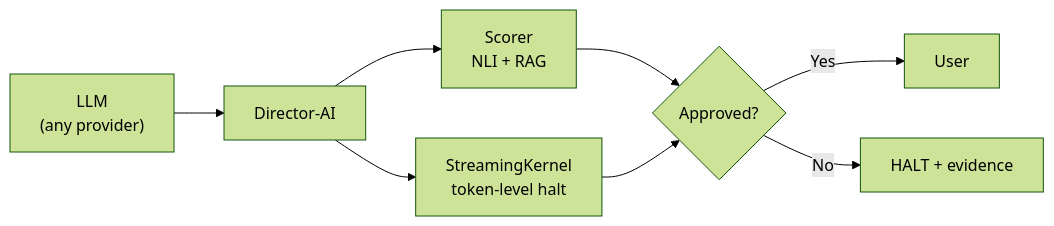
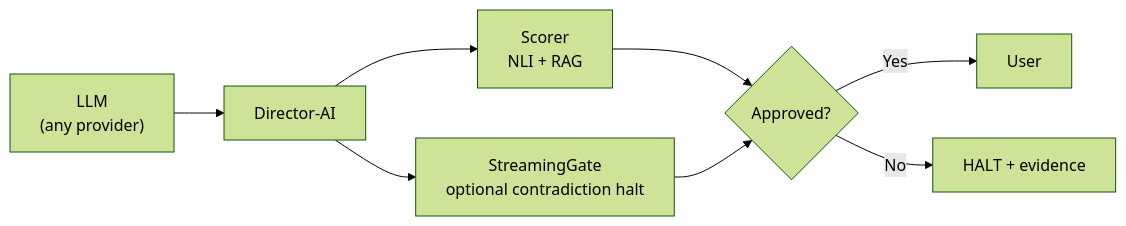
The diagram in README.md (anulum/director-ai), drawn with Mermaid (forest theme) before and after one commit. The commit also changed other lines of this file and 26 other files, not shown here.

````diff
--- a/README.md
+++ b/README.md
@@ -110,10 +110,10 @@
 ```mermaid
 graph LR
     LLM["LLM<br/>(any provider)"] --> D["Director-AI"]
     D --> S["Scorer<br/>NLI + RAG"]
-    D --> K["StreamingKernel<br/>token-level halt"]
+    D --> K["StreamingGate<br/>optional contradiction halt"]
     S --> V{Approved?}
     K --> V
     V -->|Yes| U["User"]
     V -->|No| H["HALT + evidence"]
 ```
````
